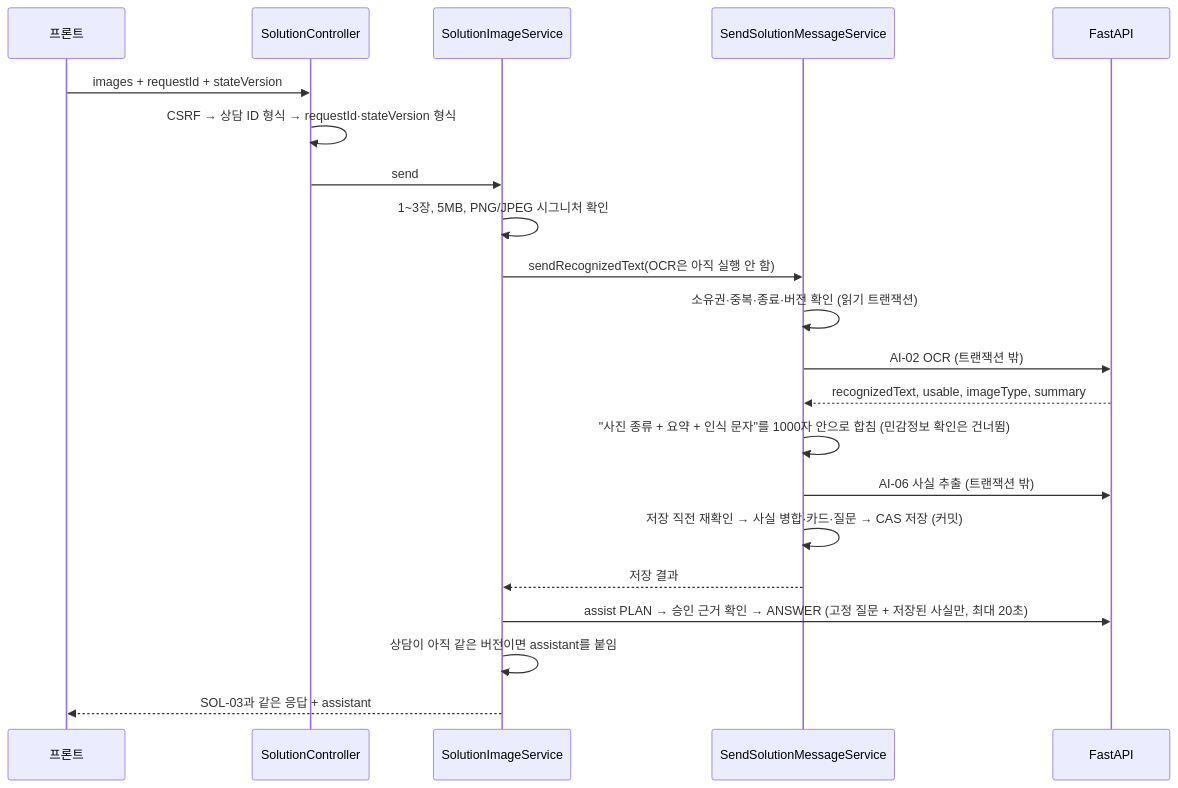
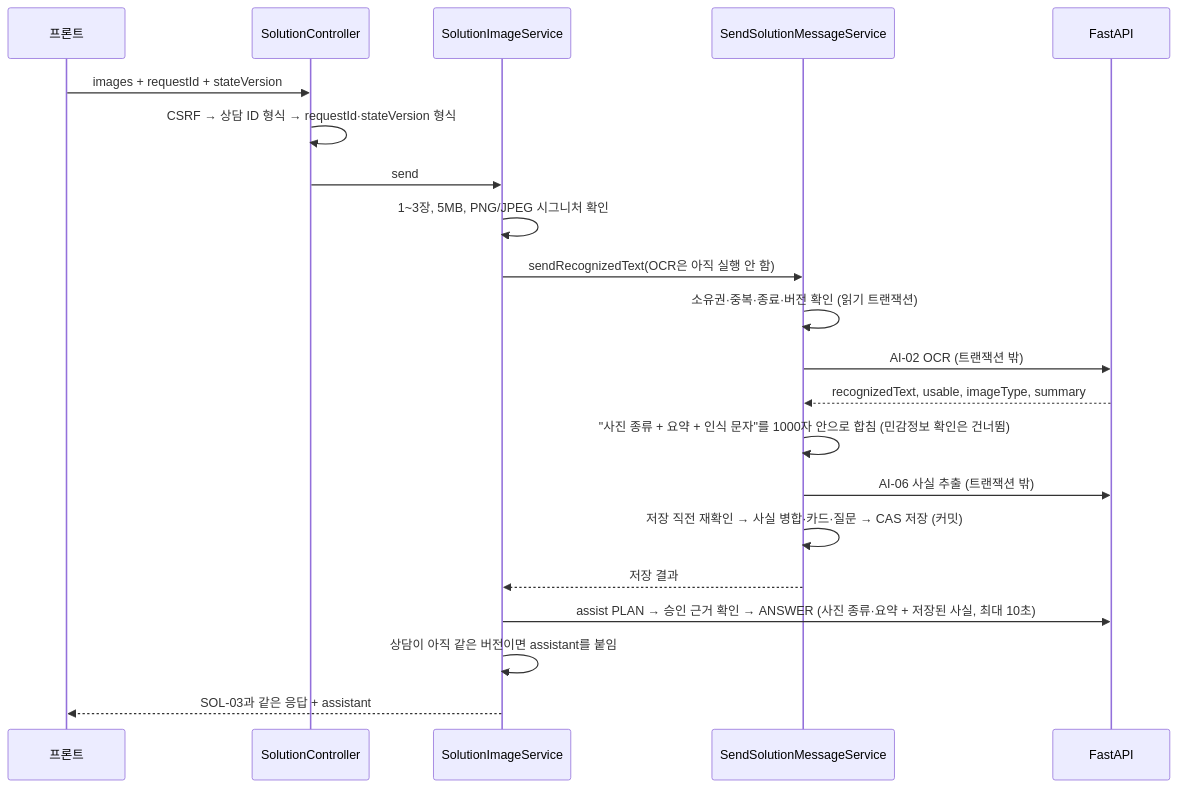
Before and after one commit to geumsappa/WSID_BE: the diagram in docs/sol-06-session-images.md, drawn with Mermaid. The commit also changed other lines of this file and 10 other files, not shown here.

````diff
--- a/docs/sol-06-session-images.md
+++ b/docs/sol-06-session-images.md
@@ -52,23 +52,23 @@
 ```mermaid
 sequenceDiagram
     participant FE as 프론트
     participant C as SolutionController
     participant I as SolutionImageService
     participant M as SendSolutionMessageService
     participant AI as FastAPI
     FE->>C: images + requestId + stateVersion
     C->>C: CSRF → 상담 ID 형식 → requestId·stateVersion 형식
     C->>I: send
     I->>I: 1~3장, 5MB, PNG/JPEG 시그니처 확인
     I->>M: sendRecognizedText(OCR은 아직 실행 안 함)
     M->>M: 소유권·중복·종료·버전 확인 (읽기 트랜잭션)
     M->>AI: AI-02 OCR (트랜잭션 밖)
     AI-->>M: recognizedText, usable, imageType, summary
     M->>M: "사진 종류 + 요약 + 인식 문자"를 1000자 안으로 합침 (민감정보 확인은 건너뜀)
     M->>AI: AI-06 사실 추출 (트랜잭션 밖)
     M->>M: 저장 직전 재확인 → 사실 병합·카드·질문 → CAS 저장 (커밋)
     M-->>I: 저장 결과
-    I->>AI: assist PLAN → 승인 근거 확인 → ANSWER (고정 질문 + 저장된 사실만, 최대 20초)
+    I->>AI: assist PLAN → 승인 근거 확인 → ANSWER (사진 종류·요약 + 저장된 사실, 최대 10초)
     I->>I: 상담이 아직 같은 버전이면 assistant를 붙임
     I-->>FE: SOL-03과 같은 응답 + assistant
 ```
````
